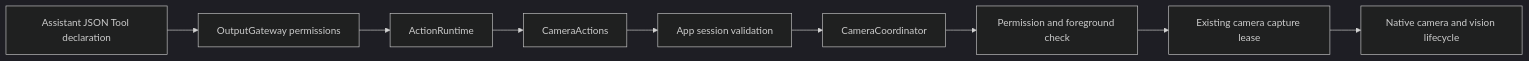
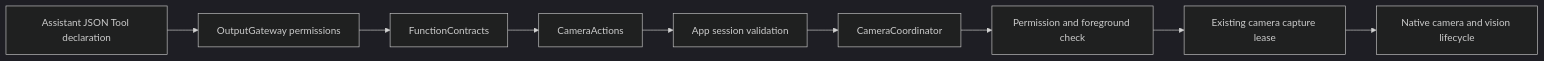
The diagram in MobileHarness/Actions/Camera/README.md (devilyouwei/MobileHarness), drawn with Mermaid (dark theme) before and after one commit. The commit also changed other lines of this file and 238 other files, not shown here.

````diff
--- a/MobileHarness/Actions/Camera/README.md
+++ b/MobileHarness/Actions/Camera/README.md
@@ -13,11 +13,11 @@
 ```mermaid
 flowchart LR
     Agent[Assistant JSON Tool declaration] --> Gateway[OutputGateway permissions]
-    Gateway --> Runtime[ActionRuntime]
+    Gateway --> Runtime[FunctionContracts]
     Runtime --> Entry[CameraActions]
     Entry --> Adapter[App session validation]
     Adapter --> Owner[CameraCoordinator]
     Owner --> Permission[Permission and foreground check]
     Permission --> Lease[Existing camera capture lease]
     Lease --> Capture[Native camera and vision lifecycle]
 ```
````
